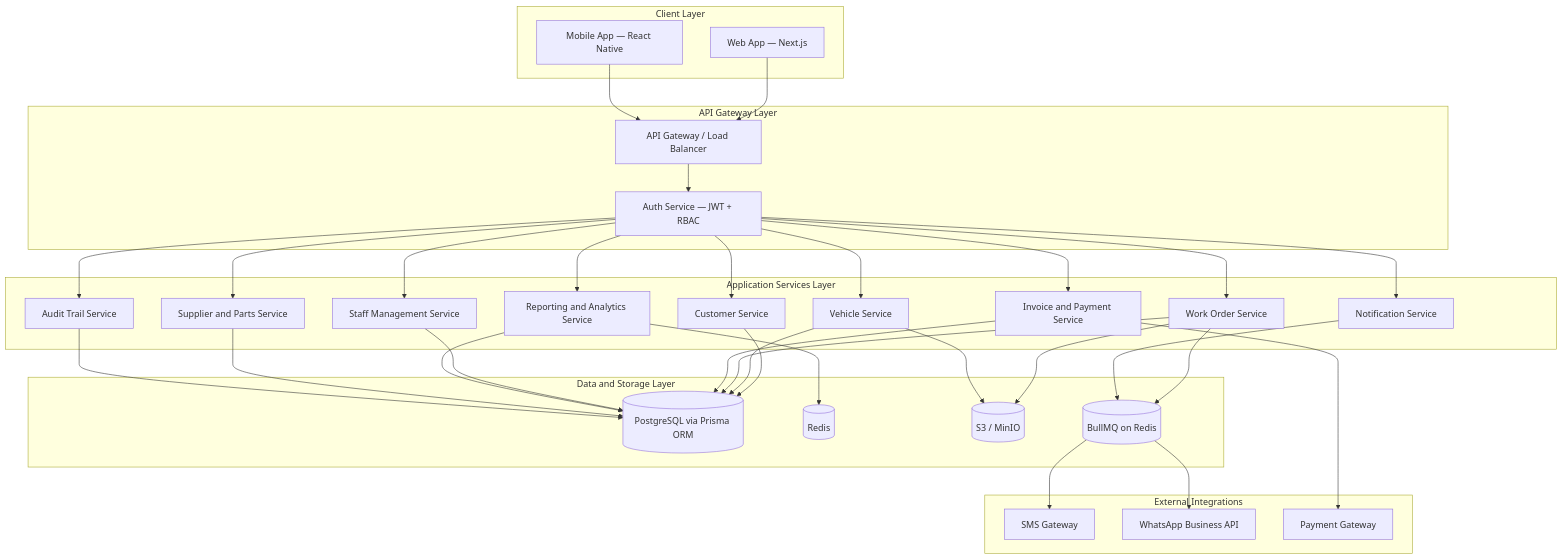
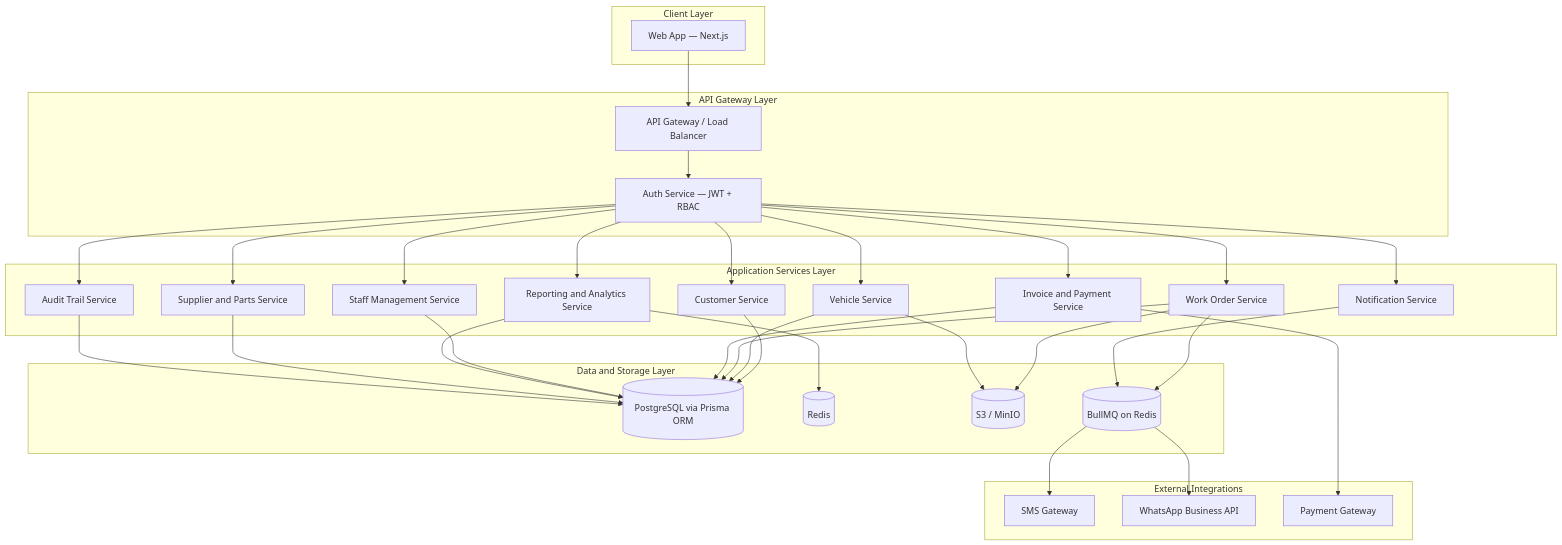
Before and after one commit to kiwanacollins/Garage-OS: the first of 6 diagrams in prd.md, drawn with Mermaid. The commit also changed other lines of this file, not shown here.

````diff
--- a/prd.md
+++ b/prd.md
@@ -23,61 +23,59 @@
 ```mermaid
 graph TB
     subgraph Clients["Client Layer"]
         WEB["Web App — Next.js"]
-        MOB["Mobile App — React Native"]
     end
     subgraph Gateway["API Gateway Layer"]
         GW["API Gateway / Load Balancer"]
         AUTH["Auth Service — JWT + RBAC"]
     end
     subgraph Services["Application Services Layer"]
         CS["Customer Service"]
         VS["Vehicle Service"]
         WOS["Work Order Service"]
         INV["Invoice and Payment Service"]
         STAFF["Staff Management Service"]
         NOTIF["Notification Service"]
         RPT["Reporting and Analytics Service"]
         PARTS["Supplier and Parts Service"]
         AUDIT["Audit Trail Service"]
     end
     subgraph Data["Data and Storage Layer"]
         DB[("PostgreSQL via Prisma ORM")]
         CACHE[("Redis")]
         BLOB[("S3 / MinIO")]
         QUEUE[("BullMQ on Redis")]
     end
     subgraph External["External Integrations"]
         SMS["SMS Gateway"]
         WA["WhatsApp Business API"]
         PAY["Payment Gateway"]
     end
     WEB --> GW
-    MOB --> GW
     GW --> AUTH
     AUTH --> CS
     AUTH --> VS
     AUTH --> WOS
     AUTH --> INV
     AUTH --> STAFF
     AUTH --> NOTIF
     AUTH --> RPT
     AUTH --> PARTS
     AUTH --> AUDIT
     CS --> DB
     VS --> DB
     WOS --> DB
     WOS --> QUEUE
     INV --> DB
     INV --> PAY
     STAFF --> DB
     NOTIF --> QUEUE
     QUEUE --> SMS
     QUEUE --> WA
     RPT --> DB
     RPT --> CACHE
     PARTS --> DB
     AUDIT --> DB
     WOS --> BLOB
     VS --> BLOB
 ```
````
